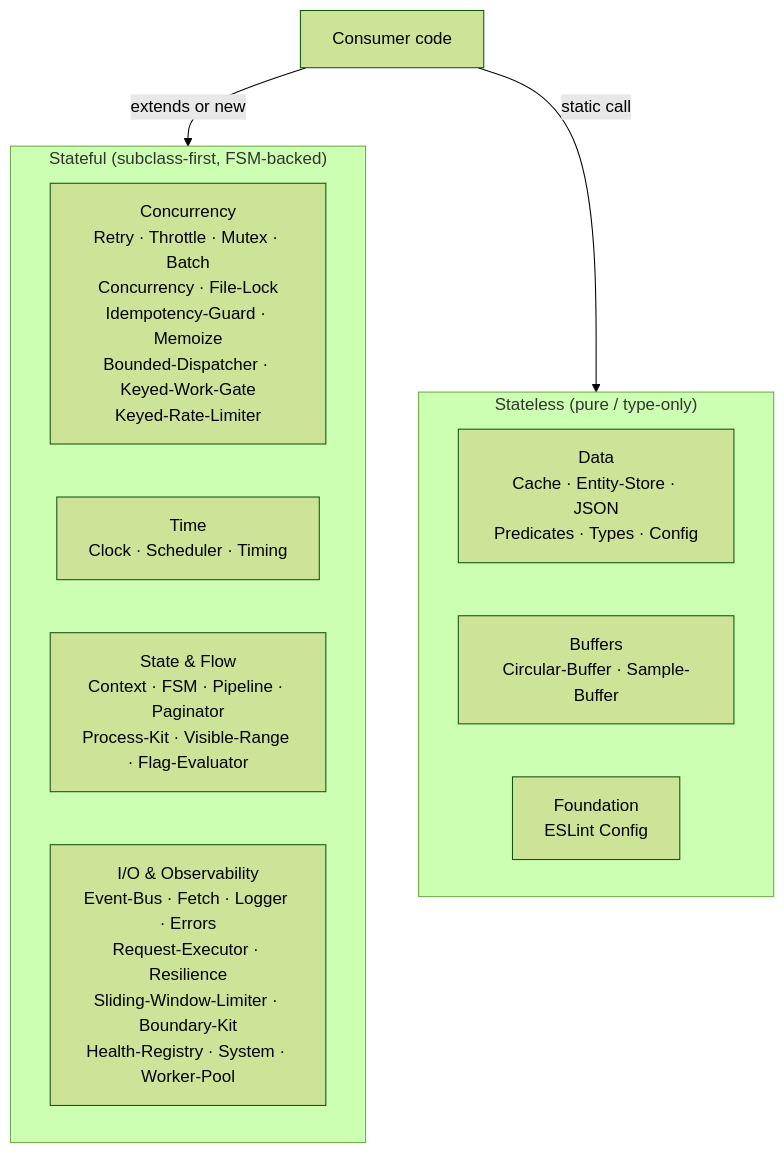
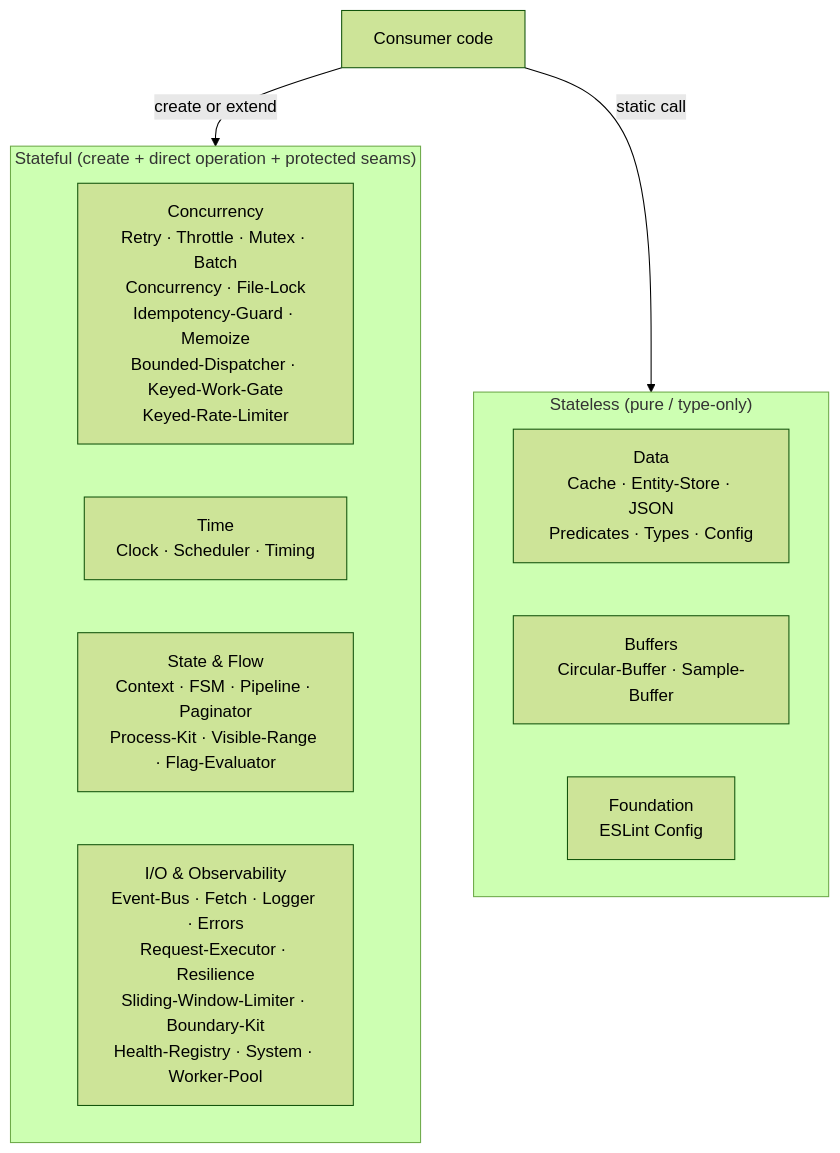
One commit to Studnicky/substrate changed the first of 2 diagrams in docs/architecture.md. Above: the diagram before and after it, drawn with Mermaid (forest theme). The commit also changed other lines of this file and 1308 other files, not shown here.

````diff
--- a/docs/architecture.md
+++ b/docs/architecture.md
@@ -115,18 +85,18 @@
 ```mermaid
 flowchart TD
-    subgraph Stateful["Stateful (subclass-first, FSM-backed)"]
+    subgraph Stateful["Stateful (create + direct operation + protected seams)"]
         direction LR
         C["Concurrency\nRetry · Throttle · Mutex · Batch\nConcurrency · File-Lock\nIdempotency-Guard · Memoize\nBounded-Dispatcher · Keyed-Work-Gate\nKeyed-Rate-Limiter"]
         T["Time\nClock · Scheduler · Timing"]
         S["State & Flow\nContext · FSM · Pipeline · Paginator\nProcess-Kit · Visible-Range · Flag-Evaluator"]
         O["I/O & Observability\nEvent-Bus · Fetch · Logger · Errors\nRequest-Executor · Resilience\nSliding-Window-Limiter · Boundary-Kit\nHealth-Registry · System · Worker-Pool"]
     end
     subgraph Stateless["Stateless (pure / type-only)"]
         direction LR
         D["Data\nCache · Entity-Store · JSON\nPredicates · Types · Config"]
         B["Buffers\nCircular-Buffer · Sample-Buffer"]
         F["Foundation\nESLint Config"]
     end
-    Consumer["Consumer code"] -->|"extends or new"| Stateful
+    Consumer["Consumer code"] -->|"create or extend"| Stateful
     Consumer -->|"static call"| Stateless
 ```
````
